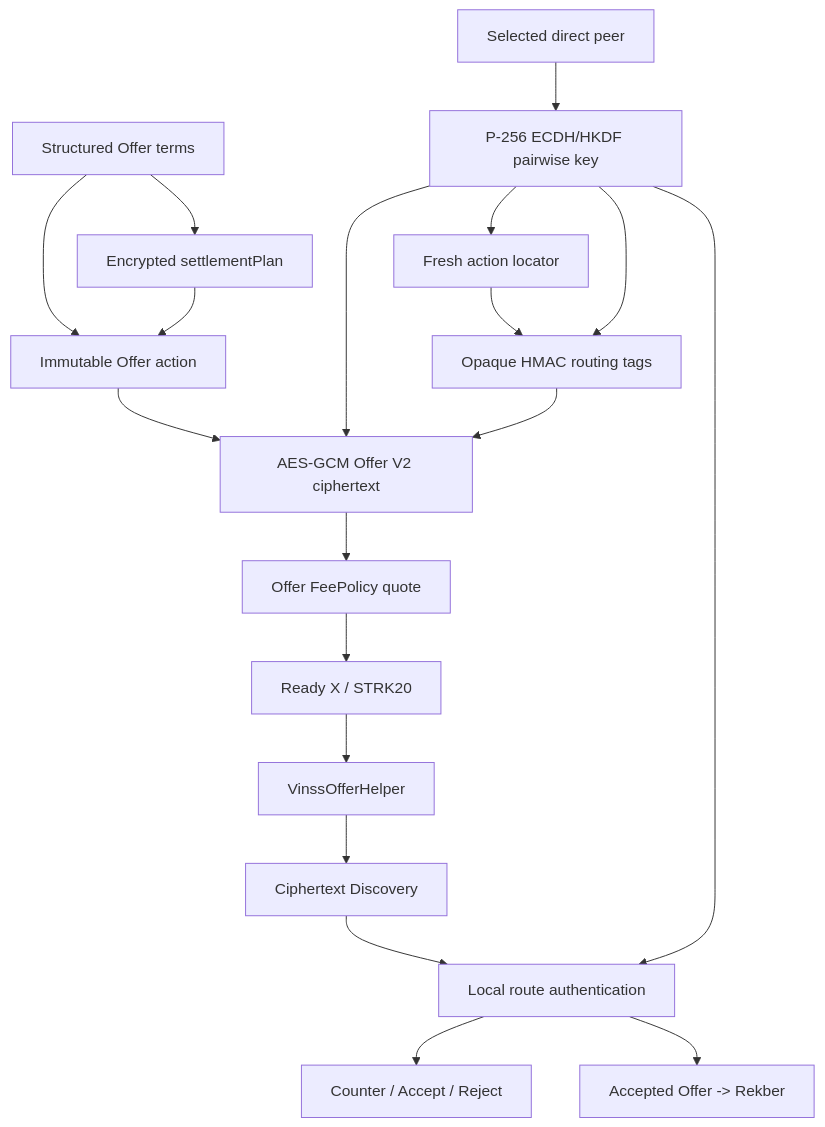
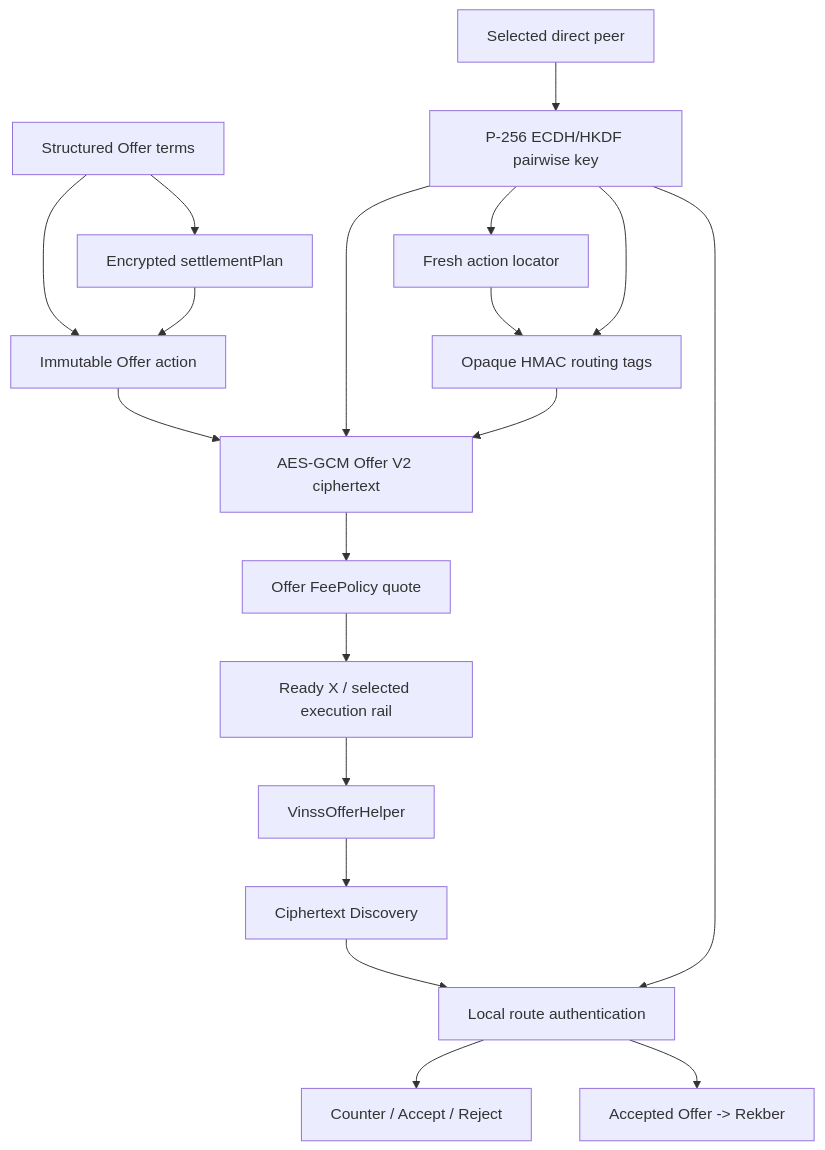
Before and after one commit to DXJLabs/vinss: the first of 10 diagrams in docs/technical/frontend/offers.md, drawn with Mermaid. The commit also changed other lines of this file and 8 other files, not shown here.

Commit message:
docs: refresh messaging architecture, code maps and Mermaid; verify Offer rails

````diff
--- a/docs/technical/frontend/offers.md
+++ b/docs/technical/frontend/offers.md
@@ -124,37 +149,37 @@
 ```mermaid
 flowchart TD
     PEER["Selected direct peer"]
     KEY["P-256 ECDH/HKDF pairwise key"]
     FORM["Structured Offer terms"]
     PLAN["Encrypted settlementPlan"]
     ACTION["Immutable Offer action"]
     LOC["Fresh action locator"]
     TAGS["Opaque HMAC routing tags"]
     ENC["AES-GCM Offer V2 ciphertext"]
     FEE["Offer FeePolicy quote"]
-    WALLET["Ready X / STRK20"]
+    WALLET["Ready X / selected execution rail"]
     HELPER["VinssOfferHelper"]
     INDEX["Ciphertext Discovery"]
     AUTH["Local route authentication"]
     LIFE["Counter / Accept / Reject"]
     REKBER["Accepted Offer -> Rekber"]
 
     PEER --> KEY
     FORM --> PLAN
     FORM --> ACTION
     PLAN --> ACTION
     KEY --> LOC
     ACTION --> ENC
     LOC --> TAGS
     KEY --> TAGS
     KEY --> ENC
     TAGS --> ENC
     ENC --> FEE
     FEE --> WALLET
     WALLET --> HELPER
     HELPER --> INDEX
     INDEX --> AUTH
     KEY --> AUTH
     AUTH --> LIFE
     AUTH --> REKBER
 ```
````
